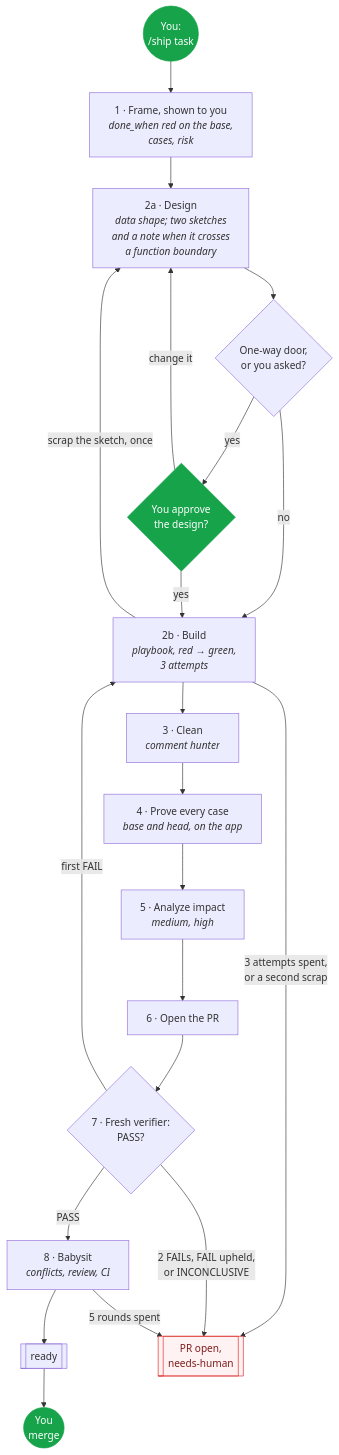
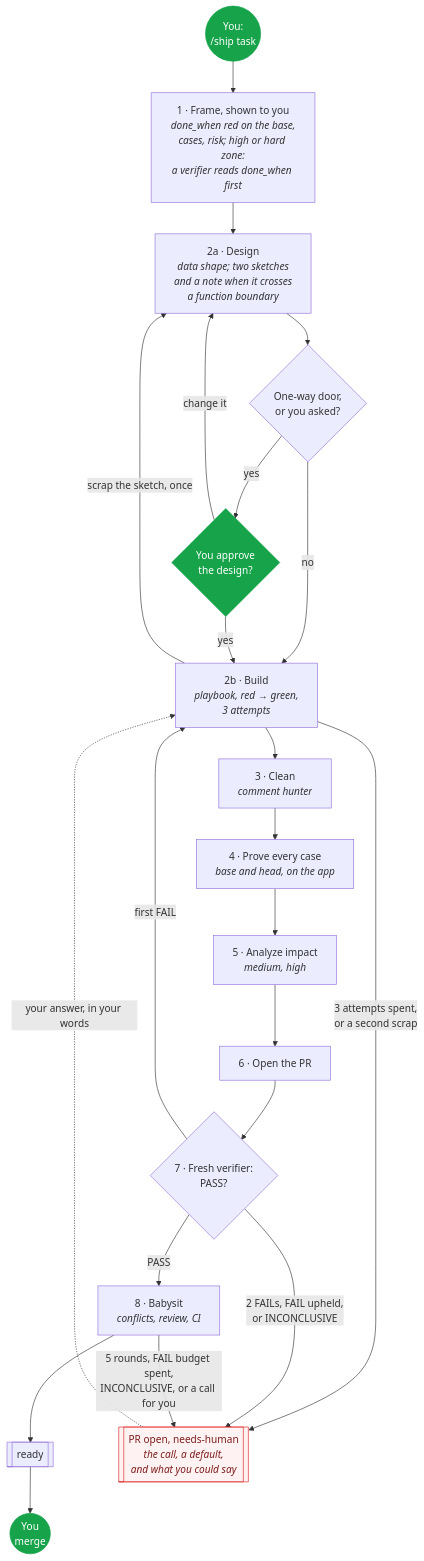
Before and after one commit to Ilian-Allaf/skillstack: the second of 2 diagrams in skills/README.md, drawn with Mermaid. The commit also changed other lines of this file and 28 other files, not shown here.

````diff
--- a/skills/README.md
+++ b/skills/README.md
@@ -106,36 +106,37 @@
 ```mermaid
 flowchart TB
   go(("You:<br/>/ship task"))
-  frame["1 · Frame, shown to you<br/><i>done_when red on the base,<br/>cases, risk</i>"]
+  frame["1 · Frame, shown to you<br/><i>done_when red on the base,<br/>cases, risk; high or hard zone:<br/>a verifier reads done_when first</i>"]
   design["2a · Design<br/><i>data shape; two sketches<br/>and a note when it crosses<br/>a function boundary</i>"]
   door{"One-way door,<br/>or you asked?"}
   shown{"You approve<br/>the design?"}
   build["2b · Build<br/><i>playbook, red → green,<br/>3 attempts</i>"]
   clean["3 · Clean<br/><i>comment hunter</i>"]
   proofs["4 · Prove every case<br/><i>base and head, on the app</i>"]
   impact["5 · Analyze impact<br/><i>medium, high</i>"]
   open["6 · Open the PR"]
   verdict{"7 · Fresh verifier:<br/>PASS?"}
   babysit["8 · Babysit<br/><i>conflicts, review, CI</i>"]
   ready[["ready"]]
   merge(("You<br/>merge"))
-  human[["PR open,<br/>needs-human"]]
+  human[["PR open, needs-human<br/><i>the call, a default,<br/>and what you could say</i>"]]
 
   go --> frame --> design --> door
   door -->|no| build
   door -->|yes| shown
   shown -->|yes| build
   shown -->|change it| design
   build -->|scrap the sketch, once| design
   build --> clean --> proofs --> impact --> open --> verdict
   build -->|"3 attempts spent,<br/>or a second scrap"| human
   verdict -->|first FAIL| build
   verdict -->|PASS| babysit --> ready --> merge
   verdict -->|"2 FAILs, FAIL upheld,<br/>or INCONCLUSIVE"| human
-  babysit -->|5 rounds spent| human
+  babysit -->|"5 rounds, FAIL budget spent,<br/>INCONCLUSIVE, or a call for you"| human
+  human -.->|your answer, in your words| build
 
   classDef you fill:#16a34a,stroke:#16a34a,color:#fff
   classDef stop fill:#fef2f2,stroke:#dc2626,color:#7f1d1d
   class go,shown,merge you
   class human stop
 ```
````
